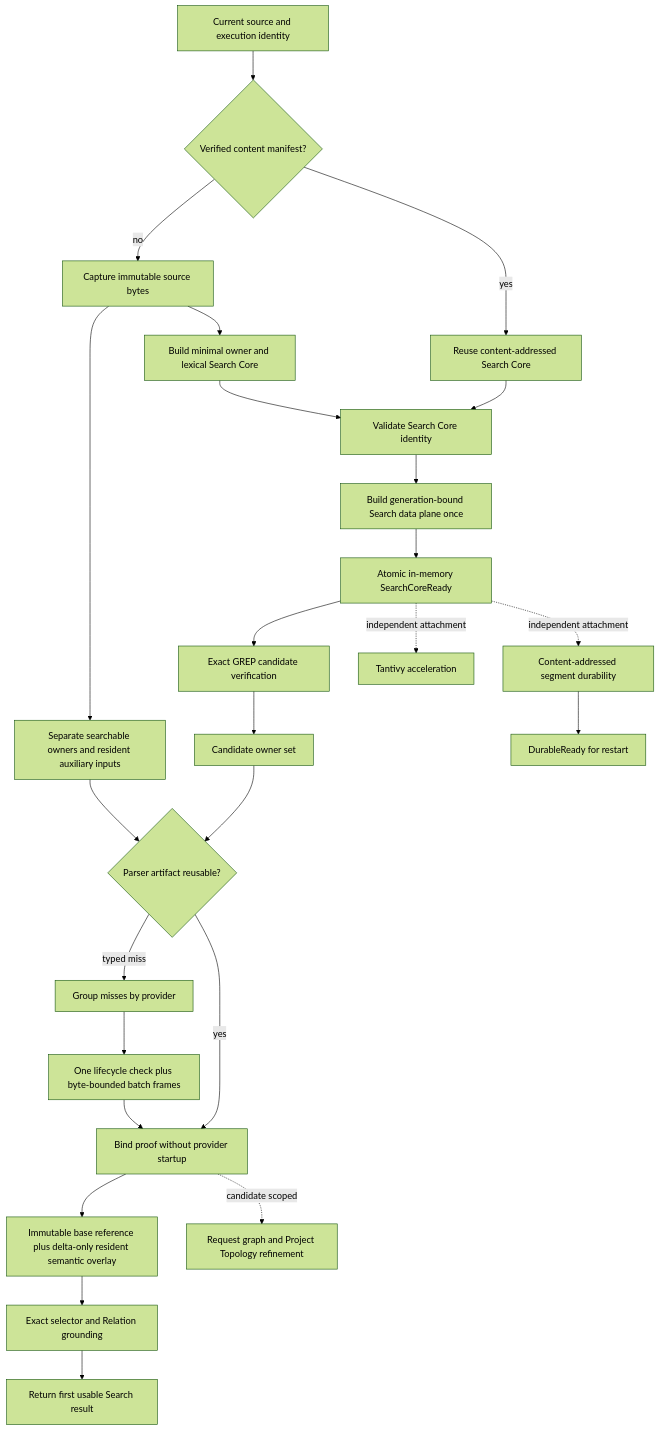
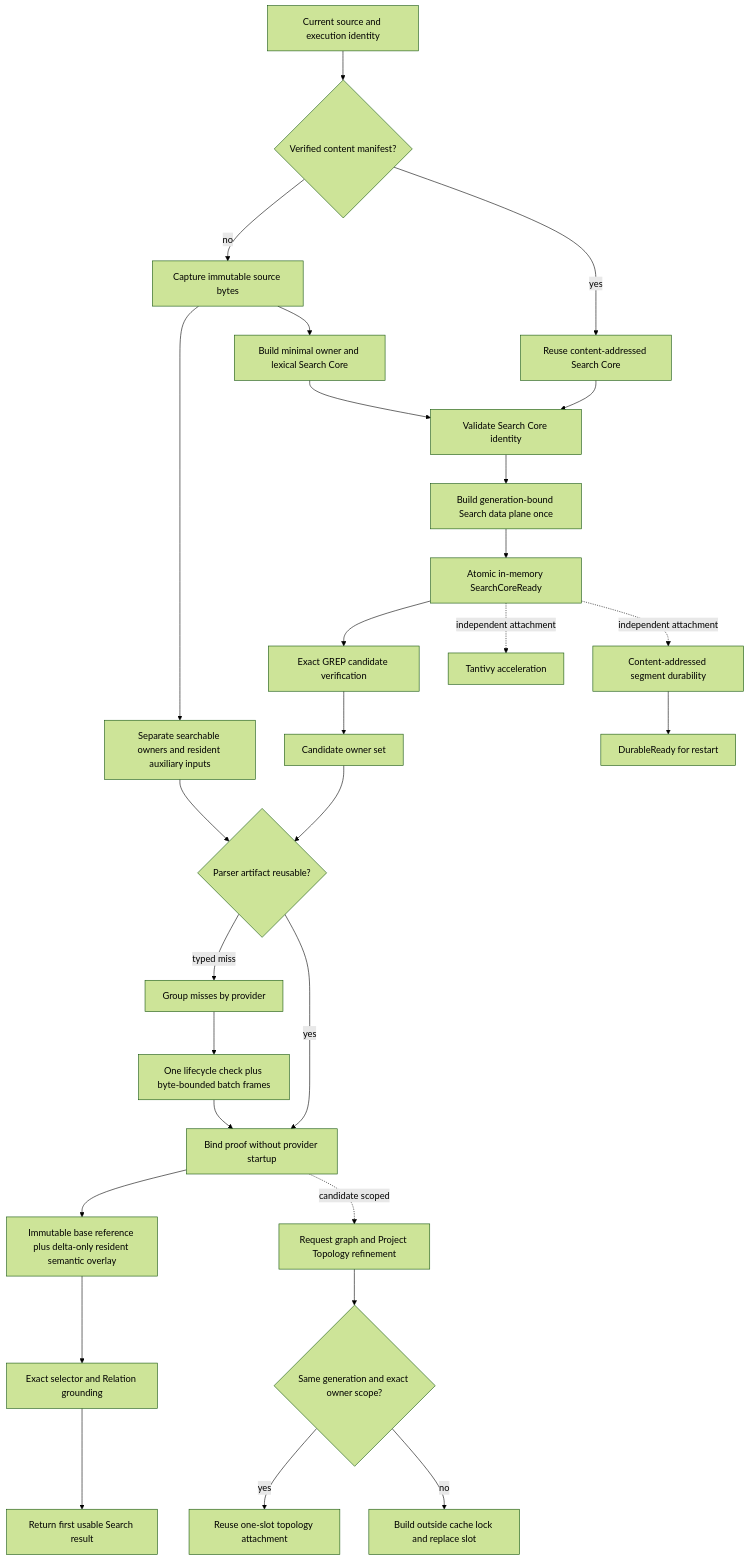
One commit to tao3k/agent-semantic-protocols changed the diagram in docs/10-19-rfcs/10.20-tgrep-performance-architecture-research.org. Above: the diagram before and after it, drawn with Mermaid (forest theme). The commit also changed other lines of this file and 7 other files, not shown here.

```diff
--- a/docs/10-19-rfcs/10.20-tgrep-performance-architecture-research.org
+++ b/docs/10-19-rfcs/10.20-tgrep-performance-architecture-research.org
@@ -704,27 +704,30 @@
 #+begin_src mermaid :exports code
 flowchart TD
   A[Current source and execution identity] --> B{Verified content manifest?}
   B -->|yes| C[Reuse content-addressed Search Core]
   B -->|no| D[Capture immutable source bytes]
   D --> U[Separate searchable owners and resident auxiliary inputs]
   D --> E[Build minimal owner and lexical Search Core]
   C --> F[Validate Search Core identity]
   E --> F
   F --> X[Build generation-bound Search data plane once]
   X --> G[Atomic in-memory SearchCoreReady]
   G --> H[Exact GREP candidate verification]
   H --> I[Candidate owner set]
   I --> J{Parser artifact reusable?}
   U --> J
   J -->|yes| K[Bind proof without provider startup]
   J -->|typed miss| L[Group misses by provider]
   L --> T[One lifecycle check plus byte-bounded batch frames]
   T --> K
   K --> S[Immutable base reference plus delta-only resident semantic overlay]
   S --> M[Exact selector and Relation grounding]
   M --> N[Return first usable Search result]
   G -. independent attachment .-> O[Content-addressed segment durability]
   G -. independent attachment .-> P[Tantivy acceleration]
   K -. candidate scoped .-> Q[Request graph and Project Topology refinement]
+  Q --> V{Same generation and exact owner scope?}
+  V -->|yes| W[Reuse one-slot topology attachment]
+  V -->|no| Y[Build outside cache lock and replace slot]
   O --> R[DurableReady for restart]
 #+end_src
```
